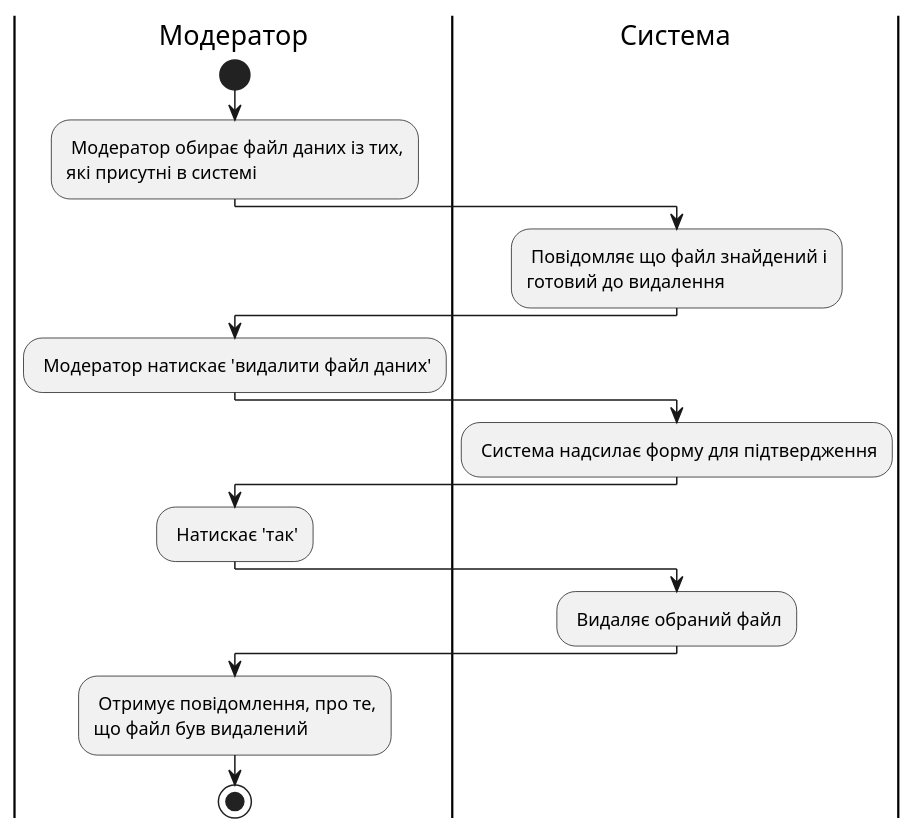
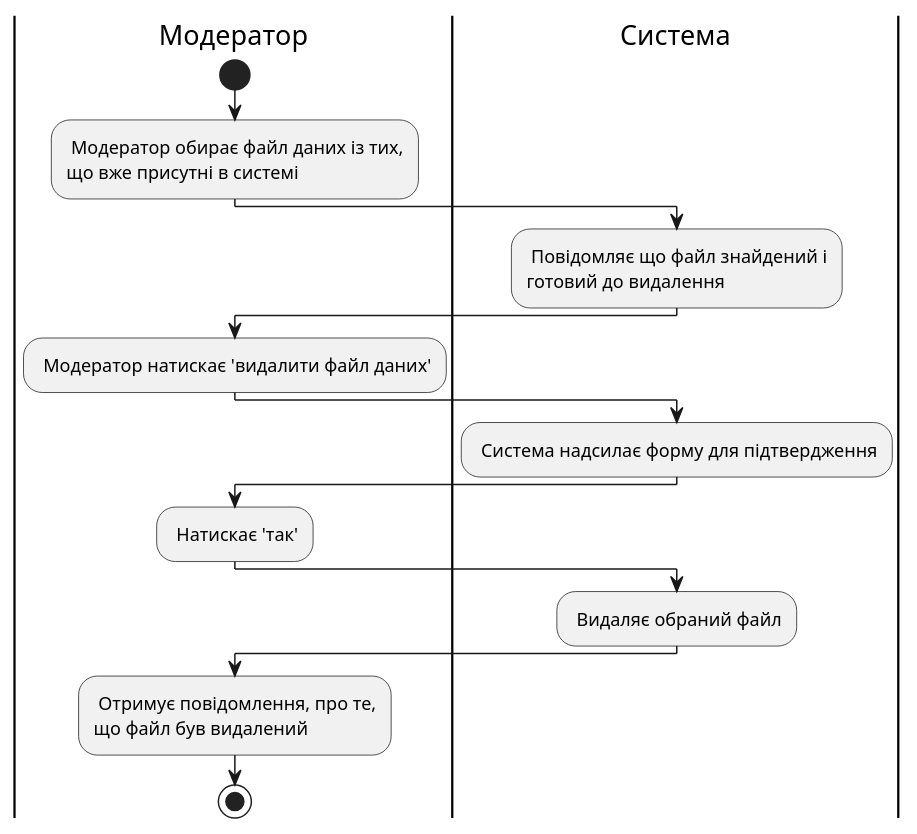
The diagram in src/uml/UC_5.1.puml (KarmazinN/db_open_data), drawn with PlantUML before and after one commit.

```diff
--- a/src/uml/UC_5.1.puml
+++ b/src/uml/UC_5.1.puml
@@ -1,37 +1,37 @@
 @startuml EditAction
 
 
 skinparam	shadowing false
 skinparam Note {
 	BackgroundColor #f85658
 	FontColor #ffffff
 }
 
 
 |Модератор|
 start
 : Модератор обирає файл даних із тих,
-які присутні в системі;
+що вже присутні в системі;
 
 |Система|
 : Повідомляє що файл знайдений і
 готовий до видалення;
 
 |Модератор|
 : Модератор натискає 'видалити файл даних';
 
 |Система|
 : Система надсилає форму для підтвердження; 
 
 |Модератор|
 : Натискає 'так';
 
 |Система|
 : Видаляє обраний файл;
 
 |Модератор|
 : Отримує повідомлення, про те,
 що файл був видалений;
 
 stop;
 @enduml
```
